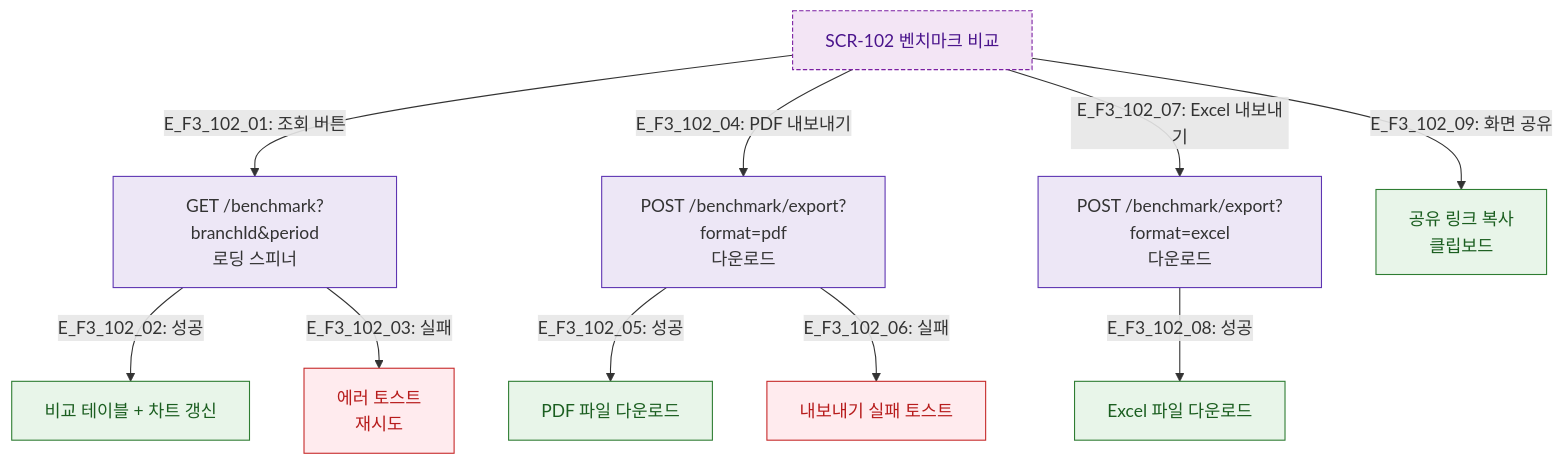
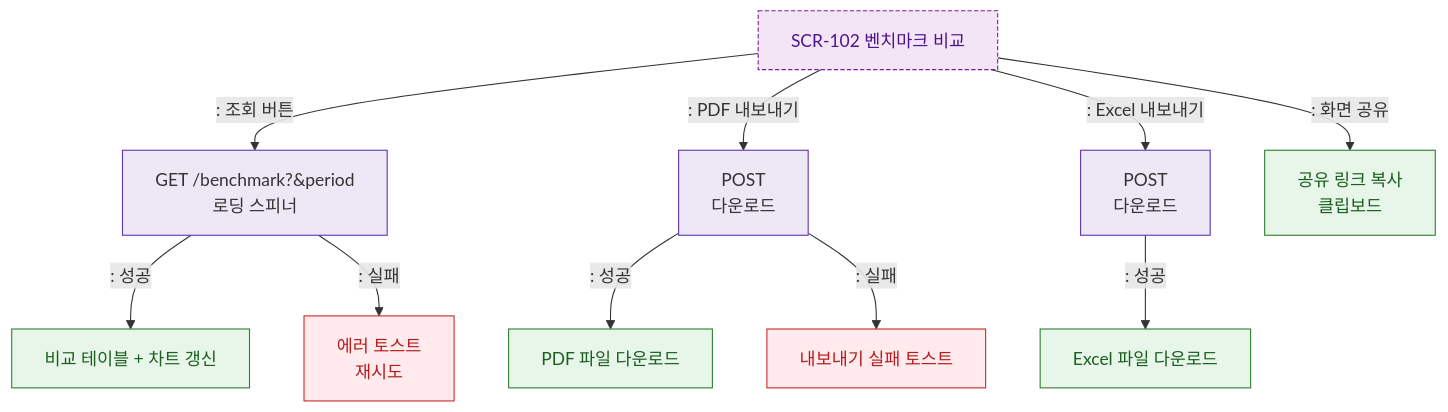
One commit to dev-spogym/admin-pando changed the diagram in docs/다이어그램/D10_본사관리/SCR-102_벤치마크비교/F3_버튼액션.md. Above: the diagram before and after it, drawn with Mermaid. The commit also changed other lines of this file and 1660 other files, not shown here.

First line of the commit message:
다이어그램: 기획자/클라이언트 납품본으로 정리

````diff
--- a/docs/다이어그램/D10_본사관리/SCR-102_벤치마크비교/F3_버튼액션.md
+++ b/docs/다이어그램/D10_본사관리/SCR-102_벤치마크비교/F3_버튼액션.md
@@ -14,27 +12,27 @@
 ```mermaid
 flowchart TD
     SCR102[SCR-102 벤치마크 비교]
 
-    SCR102 -->|"E_F3_102_01: 조회 버튼"| Fetch[GET /benchmark?branchId&period\n로딩 스피너]
-    Fetch -->|"E_F3_102_02: 성공"| TableRefresh[비교 테이블 + 차트 갱신]
-    Fetch -->|"E_F3_102_03: 실패"| FetchErr[에러 토스트\n재시도]
+    SCR102 -->|": 조회 버튼"|Fetch[GET /benchmark?&period\n로딩 스피너]
+    Fetch -->|": 성공"|TableRefresh[비교 테이블 + 차트 갱신]
+    Fetch -->|": 실패"|FetchErr[에러 토스트\n재시도]
 
-    SCR102 -->|"E_F3_102_04: PDF 내보내기"| ExportPDF[POST /benchmark/export?format=pdf\n다운로드]
-    ExportPDF -->|"E_F3_102_05: 성공"| PDFDown[PDF 파일 다운로드]
-    ExportPDF -->|"E_F3_102_06: 실패"| ExportErr[내보내기 실패 토스트]
+    SCR102 -->|": PDF 내보내기"|ExportPDF[POST \n다운로드]
+    ExportPDF -->|": 성공"|PDFDown[PDF 파일 다운로드]
+    ExportPDF -->|": 실패"|ExportErr[내보내기 실패 토스트]
 
-    SCR102 -->|"E_F3_102_07: Excel 내보내기"| ExportXLS[POST /benchmark/export?format=excel\n다운로드]
-    ExportXLS -->|"E_F3_102_08: 성공"| XLSDown[Excel 파일 다운로드]
+    SCR102 -->|": Excel 내보내기"|ExportXLS[POST \n다운로드]
+    ExportXLS -->|": 성공"|XLSDown[Excel 파일 다운로드]
 
-    SCR102 -->|"E_F3_102_09: 화면 공유"| ShareLink[공유 링크 복사\n클립보드]
+    SCR102 -->|": 화면 공유"|ShareLink[공유 링크 복사\n클립보드]
 
     classDef screen fill:#E3F2FD,stroke:#1976D2,color:#0D47A1
     classDef newFeature fill:#F3E5F5,stroke:#7B1FA2,color:#4A148C,stroke-dasharray:4 2
     classDef success fill:#E8F5E9,stroke:#2E7D32,color:#1B5E20
     classDef error fill:#FFEBEE,stroke:#C62828,color:#B71C1C
     classDef system fill:#EDE7F6,stroke:#5E35B2
     class SCR102 newFeature
     class TableRefresh,PDFDown,XLSDown,ShareLink success
     class FetchErr,ExportErr error
     class Fetch,ExportPDF,ExportXLS system
 ```
````
